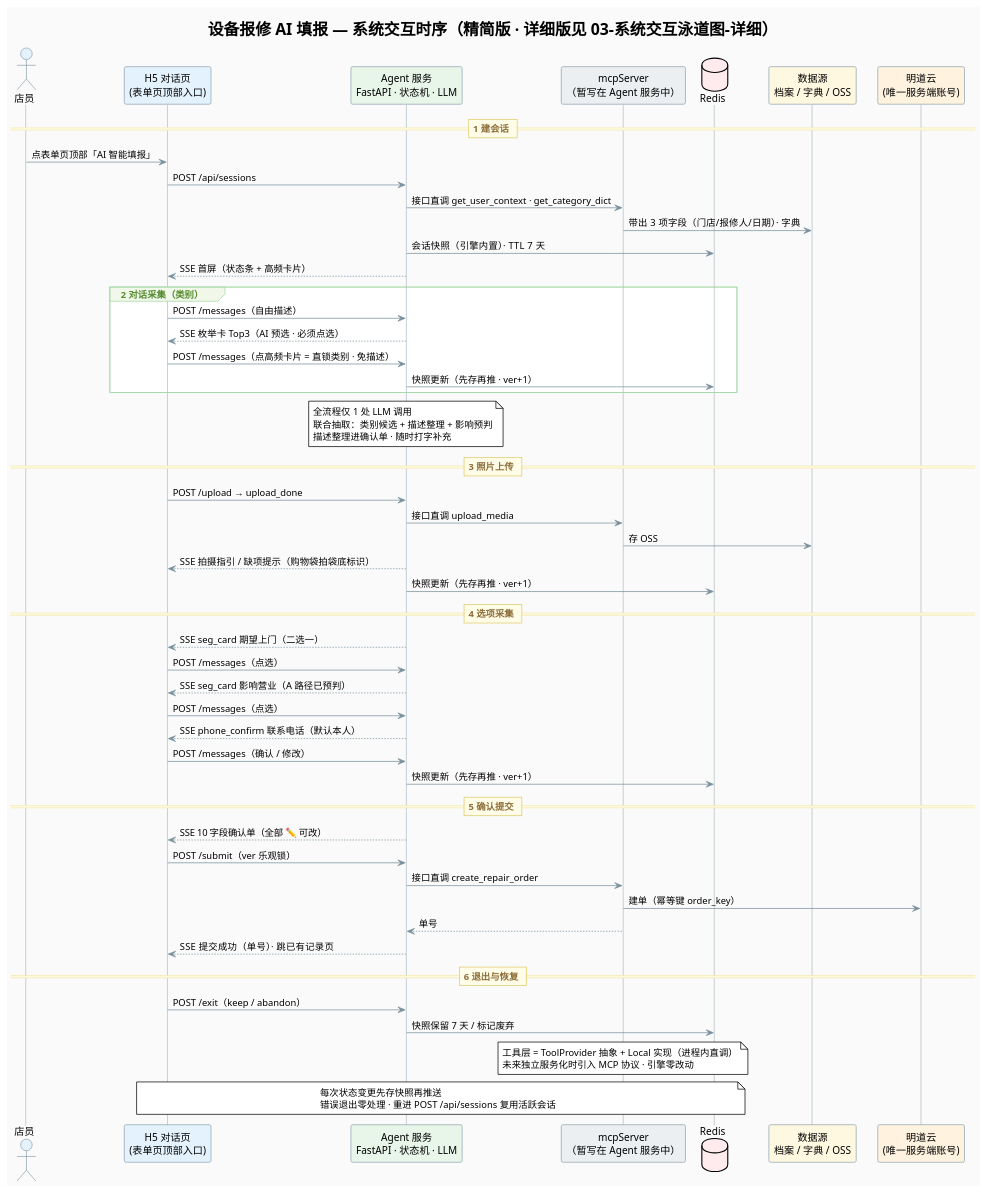
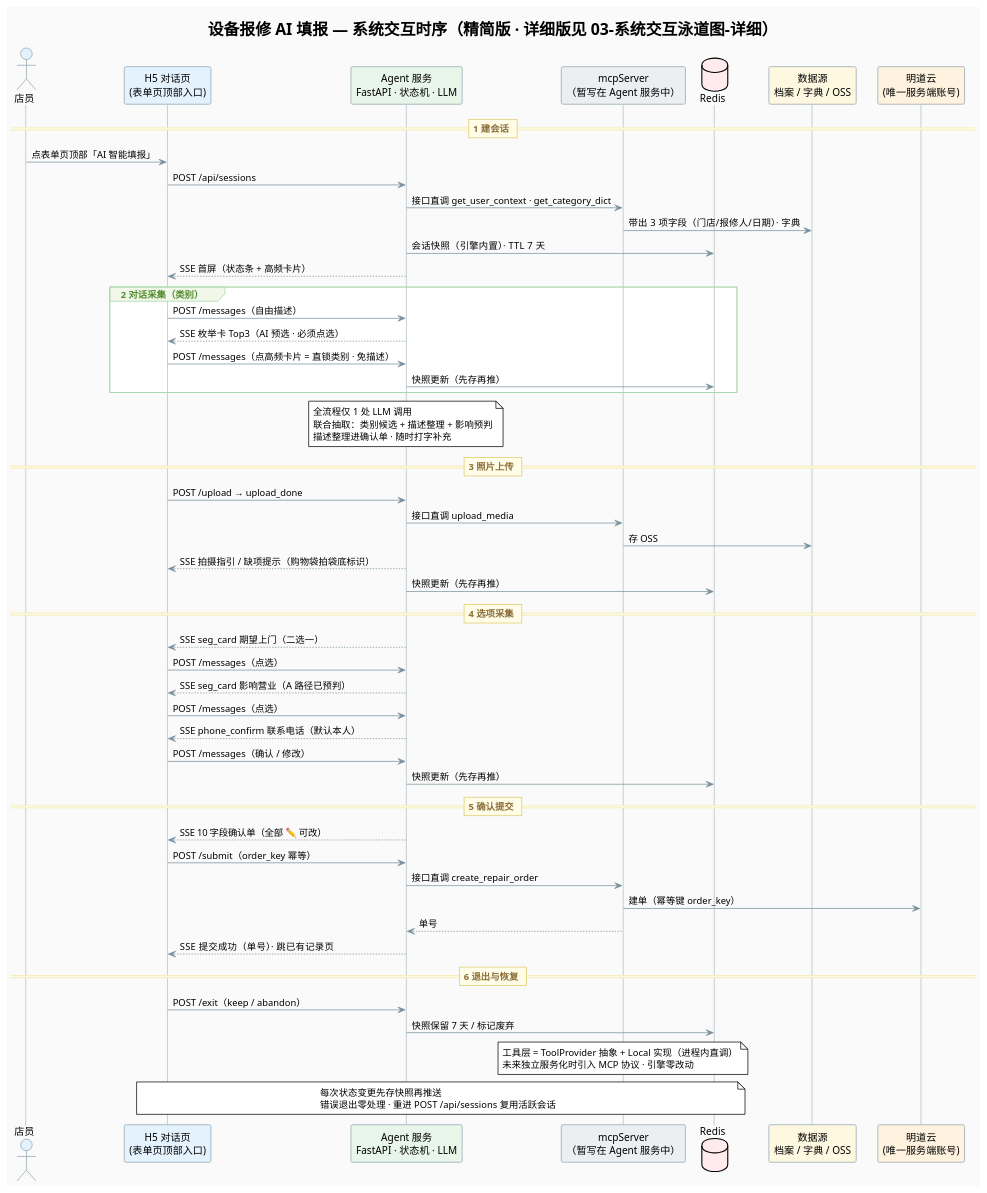
Before and after one commit to bai876939716/my_doc: the diagram in src/main/hotmaxx/需求点/输入优化/design/3/diagrams/03-系统交互泳道图.puml, drawn with PlantUML. The commit also changed 9 other files, not shown here.

```diff
--- a/src/main/hotmaxx/需求点/输入优化/design/3/diagrams/03-系统交互泳道图.puml
+++ b/src/main/hotmaxx/需求点/输入优化/design/3/diagrams/03-系统交互泳道图.puml
@@ -1,87 +1,87 @@
 @startuml 设备报修AI填报-系统交互泳道图
 !theme plain
 skinparam backgroundColor #FAFAFA
 skinparam defaultFontName "PingFang SC,Microsoft YaHei,Arial"
 skinparam sequence {
   ArrowColor #78909C
   LifeLineBorderColor #B0BEC5
   LifeLineBackgroundColor #ECEFF1
   ParticipantBackgroundColor #ECEFF1
   ParticipantBorderColor #90A4AE
   ActorBackgroundColor #E3F2FD
   ActorBorderColor #90A4AE
   GroupBackgroundColor #F1F8E9
   GroupBorderColor #A5D6A7
   GroupHeaderFontColor #558B2F
   BoxBorderColor #B0BEC5
   DividerBackgroundColor #FFFDE7
   DividerBorderColor #E0C96B
   DividerFontColor #8D6E3A
 }
 title 设备报修 AI 填报 — 系统交互时序（精简版 · 详细版见 03-系统交互泳道图-详细）
 
 actor "店员" as U #E3F2FD
 participant "H5 对话页\n(表单页顶部入口)" as H5 #E3F2FD
 participant "Agent 服务\nFastAPI · 状态机 · LLM" as AG #E8F5E9
 participant "mcpServer\n（暂写在 Agent 服务中）" as MCP #ECEFF1
 database "Redis" as RD #FFEBEE
 participant "数据源\n档案 / 字典 / OSS" as SRC #FFF8E1
 participant "明道云\n(唯一服务端账号)" as MDY #FFF3E0
 
 == 1 建会话 ==
 U -> H5 : 点表单页顶部「AI 智能填报」
 H5 -> AG : POST /api/sessions
 AG -> MCP : 接口直调 get_user_context · get_category_dict
 MCP -> SRC : 带出 3 项字段（门店/报修人/日期）· 字典
 AG -> RD : 会话快照（引擎内置）· TTL 7 天
 AG --> H5 : SSE 首屏（状态条 + 高频卡片）
 
 group 2 对话采集（类别）
   H5 -> AG : POST /messages（自由描述）
   AG --> H5 : SSE 枚举卡 Top3（AI 预选 · 必须点选）
   H5 -> AG : POST /messages（点高频卡片 = 直锁类别 · 免描述）
-  AG -> RD : 快照更新（先存再推 · ver+1）
+  AG -> RD : 快照更新（先存再推）
 end
 note over AG
   全流程仅 1 处 LLM 调用
   联合抽取：类别候选 + 描述整理 + 影响预判
   描述整理进确认单 · 随时打字补充
 end note
 
 == 3 照片上传 ==
 H5 -> AG : POST /upload → upload_done
 AG -> MCP : 接口直调 upload_media
 MCP -> SRC : 存 OSS
 AG --> H5 : SSE 拍摄指引 / 缺项提示（购物袋拍袋底标识）
-AG -> RD : 快照更新（先存再推 · ver+1）
+AG -> RD : 快照更新（先存再推）
 
 == 4 选项采集 ==
 AG --> H5 : SSE seg_card 期望上门（二选一）
 H5 -> AG : POST /messages（点选）
 AG --> H5 : SSE seg_card 影响营业（A 路径已预判）
 H5 -> AG : POST /messages（点选）
 AG --> H5 : SSE phone_confirm 联系电话（默认本人）
 H5 -> AG : POST /messages（确认 / 修改）
-AG -> RD : 快照更新（先存再推 · ver+1）
+AG -> RD : 快照更新（先存再推）
 
 == 5 确认提交 ==
 AG --> H5 : SSE 10 字段确认单（全部 ✏️ 可改）
-H5 -> AG : POST /submit（ver 乐观锁）
+H5 -> AG : POST /submit（order_key 幂等）
 AG -> MCP : 接口直调 create_repair_order
 MCP -> MDY : 建单（幂等键 order_key）
 MCP --> AG : 单号
 AG --> H5 : SSE 提交成功（单号）· 跳已有记录页
 
 == 6 退出与恢复 ==
 H5 -> AG : POST /exit（keep / abandon）
 AG -> RD : 快照保留 7 天 / 标记废弃
 
 note over MCP
   工具层 = ToolProvider 抽象 + Local 实现（进程内直调）
   未来独立服务化时引入 MCP 协议 · 引擎零改动
 end note
 note over H5, RD
   每次状态变更先存快照再推送
   错误退出零处理 · 重进 POST /api/sessions 复用活跃会话
 end note
 @enduml
```
